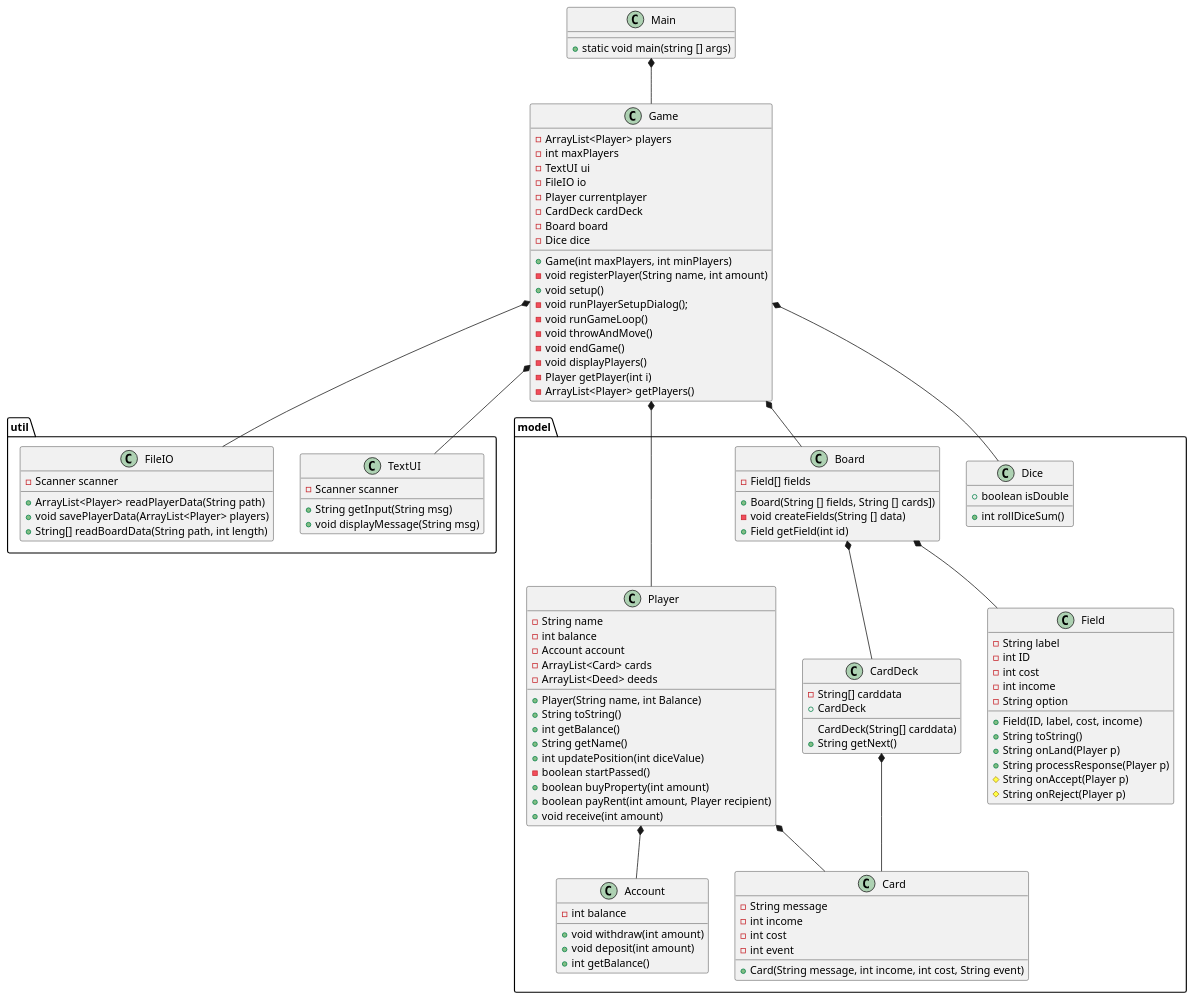
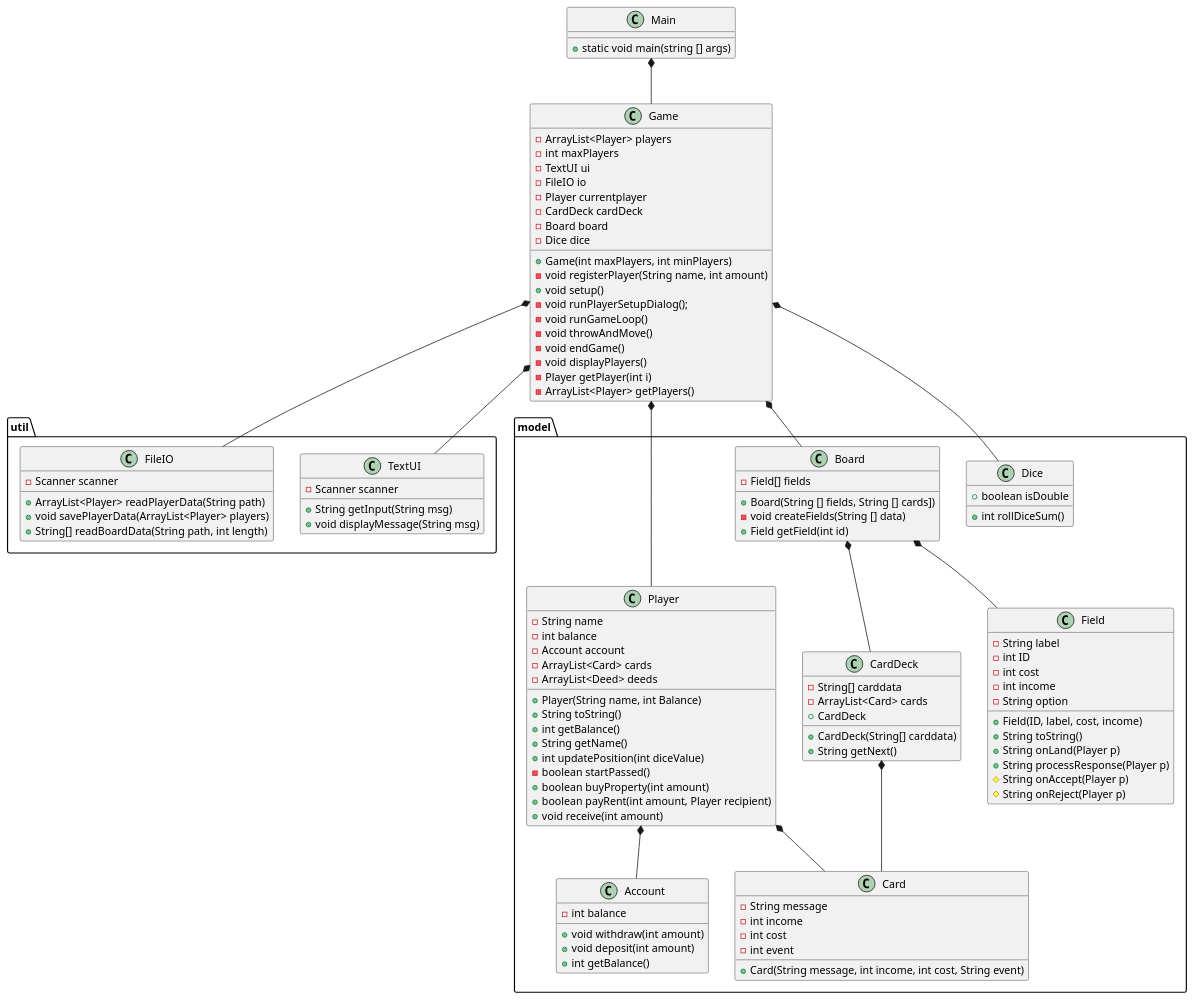
Before and after one commit to tessG/Monopoly24: the diagram in doc/classdiagram_4.puml, drawn with PlantUML. The commit also changed 1 other file, not shown here.

Commit message:
diagram updates

```diff
--- a/doc/classdiagram_4.puml
+++ b/doc/classdiagram_4.puml
@@ -1,122 +1,123 @@
 @startuml
 'Domænemodellen giver nye entity klasser
 'Pakker, model og util
 
 
 class Main
 class Game
 package "util"{
     class TextUI
     class FileIO
 }
 
 package "model"{
     class Player
     class Field
       class Dice
       class Account
       class CardDeck
        class Card
       class Board
 }
 
 Main *-- Game
 Game *-- TextUI
 Game *-- FileIO
 Game *-- Player
 Player *-- Account
 Player *-- Card
 Game *--Board
 Game *-- Dice
 Board *-- Field
 Board *-- CardDeck
 CardDeck *-- Card
 
 
 Main : + static void main(string [] args)
 
 Player  : - String name
 Player  : - int balance
 '---_new-----
 Player : - Account account
 Player : - ArrayList<Card> cards
 Player : - ArrayList<Deed> deeds
 '-----------
 Player  : + Player(String name, int Balance)
 Player  : + String toString()
 Player  : + int getBalance()
 Player : + String getName()
 '----new-----
 Player : +int updatePosition(int diceValue)
 Player : -boolean startPassed()
 Player : + boolean buyProperty(int amount)
 Player : + boolean payRent(int amount, Player recipient)
 Player : + void receive(int amount)
 
 '-----------
 Account :  - int balance
 Account  : + void withdraw(int amount)
 Account  : + void deposit(int amount)
 Account  : + int getBalance()
 
 Game : - ArrayList<Player> players
 Game : - int maxPlayers
 Game : - TextUI ui
 Game : - FileIO io
 Game : - Player currentplayer
 Game : - CardDeck cardDeck
 Game : - Board board
 Game : - Dice dice
 Game : + Game(int maxPlayers, int minPlayers)
 Game : - void registerPlayer(String name, int amount)
 Game : + void setup()
 Game : - void runPlayerSetupDialog();
 Game : - void runGameLoop()
 Game : - void throwAndMove()
 Game : - void endGame()
 Game : - void displayPlayers()
 Game : - Player getPlayer(int i)
 Game : - ArrayList<Player> getPlayers()
 
 TextUI : + String getInput(String msg)
 TextUI : - Scanner scanner
 TextUI : + void displayMessage(String msg)
 
 
 FileIO : - Scanner scanner
 FileIO : + ArrayList<Player> readPlayerData(String path)
 FileIO : + void savePlayerData(ArrayList<Player> players)
 FileIO : + String[] readBoardData(String path, int length)
 
 Field : - String label
 Field : - int ID
 Field : - int cost
 Field : - int income
 Field : - String option
 Field : + Field(ID, label, cost, income)
 Field : + String toString()
 Field : + String onLand(Player p)
 Field : + String processResponse(Player p)
 Field : # String onAccept(Player p)
 Field : # String onReject(Player p)
 
 
 Board : - Field[] fields
 Board : + Board(String [] fields, String [] cards])
 Board : - void createFields(String [] data)
 Board : + Field getField(int id)
 
 CardDeck : - String[] carddata
+CardDeck : - ArrayList<Card> cards
 CardDeck : + CardDeck
-CardDeck : CardDeck(String[] carddata)
+CardDeck : + CardDeck(String[] carddata)
 CardDeck : + String getNext()
 
 Card : -String message
 Card : -int income
 Card : -int cost
 Card : -int event
 Card : +Card(String message, int income, int cost, String event)
 
 Dice : +boolean isDouble
 Dice : +int rollDiceSum()
 @enduml
```
